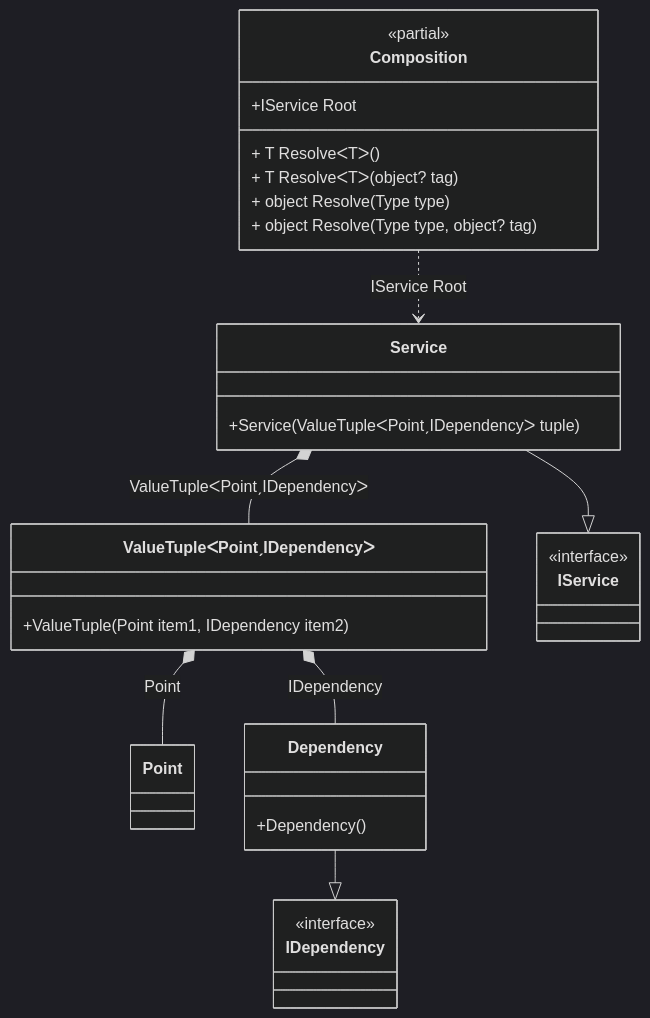
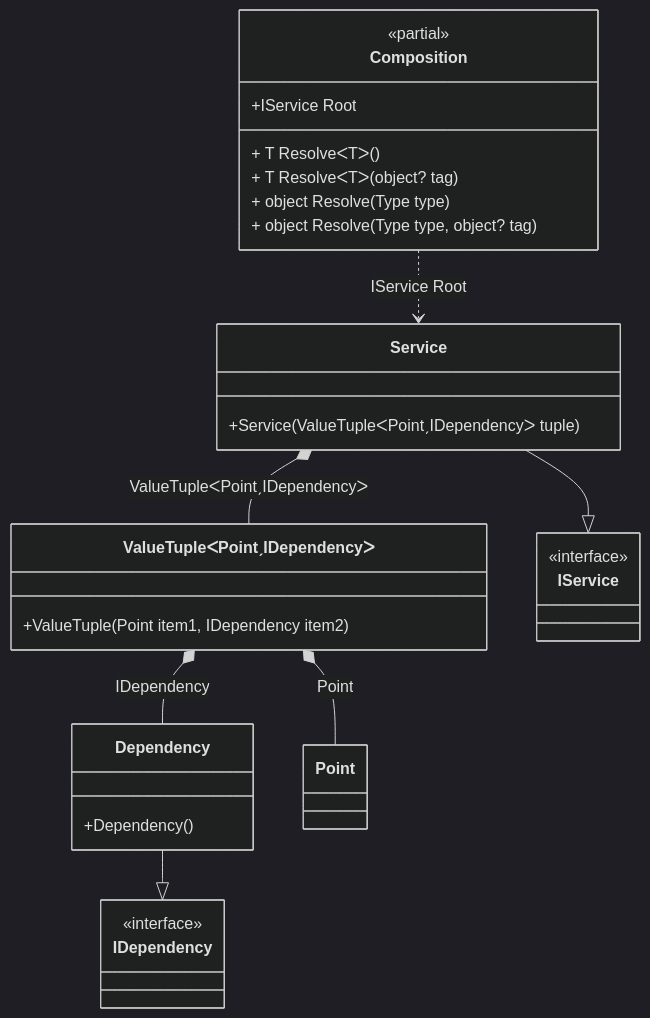
One commit to DevTeam/Pure.DI changed the diagram in readme/tuple.md. Above: the diagram before and after it, drawn with Mermaid (dark theme). The commit also changed other lines of this file and 90 other files, not shown here.

````diff
--- a/readme/tuple.md
+++ b/readme/tuple.md
@@ -182,33 +182,33 @@
 ```mermaid
 classDiagram
 	class Composition {
 		<<partial>>
 		+IService Root
 		+ T ResolveᐸTᐳ()
 		+ T ResolveᐸTᐳ(object? tag)
 		+ object Resolve(Type type)
 		+ object Resolve(Type type, object? tag)
 	}
 	class ValueTupleᐸPointˏIDependencyᐳ {
 		+ValueTuple(Point item1, IDependency item2)
 	}
-	class Point
 	Dependency --|> IDependency
 	class Dependency {
 		+Dependency()
 	}
+	class Point
 	Service --|> IService
 	class Service {
 		+Service(ValueTupleᐸPointˏIDependencyᐳ tuple)
 	}
 	class IDependency {
 		<<interface>>
 	}
 	class IService {
 		<<interface>>
 	}
 	ValueTupleᐸPointˏIDependencyᐳ *--  Point : Point
 	ValueTupleᐸPointˏIDependencyᐳ *--  Dependency : IDependency
+	Composition ..> Service : IService Root
 	Service *--  ValueTupleᐸPointˏIDependencyᐳ : ValueTupleᐸPointˏIDependencyᐳ
-	Composition ..> Service : IService Root
 ```
````
